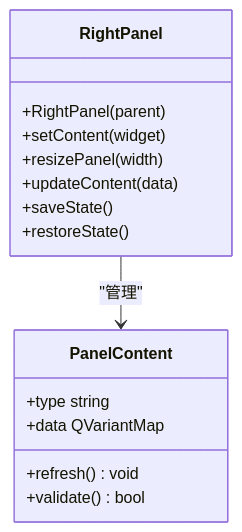
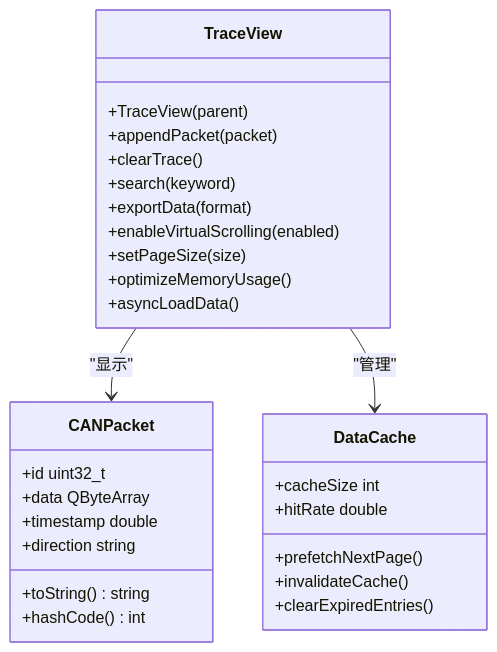
The seventh of 15 diagrams in .qoder/repowiki/zh/content/架构设计/UI系统设计/UI系统设计.md (jakecai1225-design/OpenBus), drawn with Mermaid before and after one commit. The commit also changed other lines of this file and 215 other files, not shown here.

````diff
--- a/.qoder/repowiki/zh/content/架构设计/UI系统设计/UI系统设计.md
+++ b/.qoder/repowiki/zh/content/架构设计/UI系统设计/UI系统设计.md
@@ -517,18 +498,31 @@
 ```mermaid
 classDiagram
-class RightPanel {
-+RightPanel(parent)
-+setContent(widget)
-+resizePanel(width)
-+updateContent(data)
-+saveState()
-+restoreState()
+class TraceView {
++TraceView(parent)
++appendPacket(packet)
++clearTrace()
++search(keyword)
++exportData(format)
++enableVirtualScrolling(enabled)
++setPageSize(size)
++optimizeMemoryUsage()
++asyncLoadData()
 }
-class PanelContent {
-+type string
-+data QVariantMap
-+refresh() void
-+validate() bool
+class CANPacket {
++id uint32_t
++data QByteArray
++timestamp double
++direction string
++toString() string
++hashCode() int
 }
-RightPanel --> PanelContent : "管理"
+class DataCache {
++cacheSize int
++hitRate double
++prefetchNextPage()
++invalidateCache()
++clearExpiredEntries()
+}
+TraceView --> CANPacket : "显示"
+TraceView --> DataCache : "管理"
 ```
````
